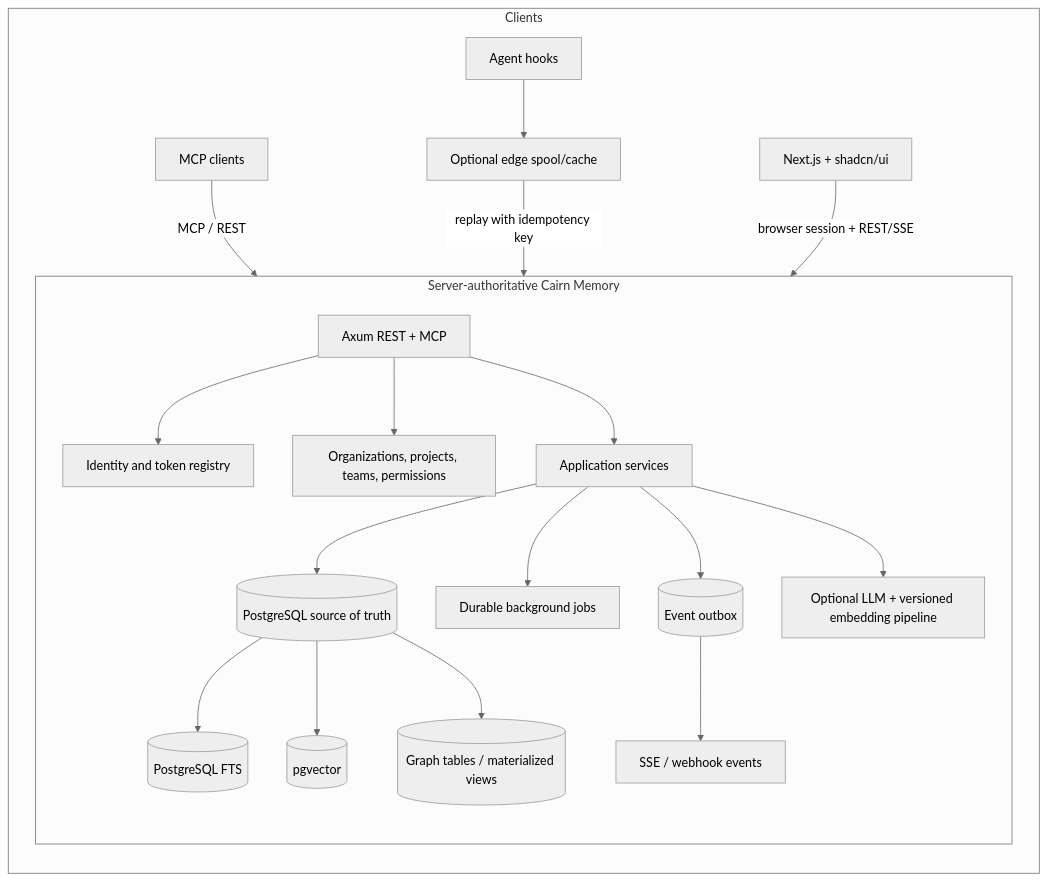
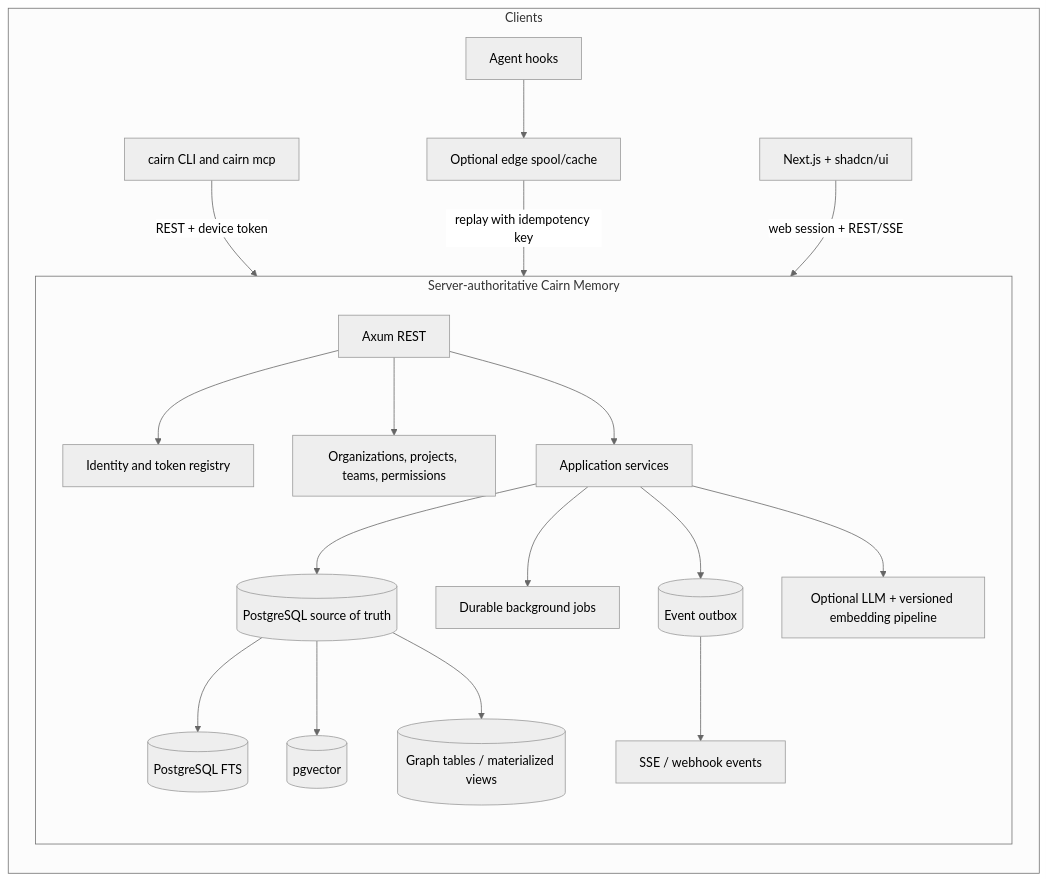
The diagram in docs/architecture.md (cunilab/cairn-memory), drawn with Mermaid (neutral theme) before and after one commit. The commit also changed other lines of this file and 119 other files, not shown here.

First line of the commit message:
Document the automated flow, device-token contracts, ADR amendments, and audit reports.

````diff
--- a/docs/architecture.md
+++ b/docs/architecture.md
@@ -43,24 +45,24 @@
 ```mermaid
 flowchart LR
     subgraph Clients[Clients]
         HookA[Agent hooks] --> Edge[Optional edge spool/cache]
-        AgentA[MCP clients] -->|MCP / REST| Server
+        AgentA[cairn CLI and cairn mcp] -->|REST + device token| Server
         Edge -->|replay with idempotency key| Server
-        Web[Next.js + shadcn/ui] -->|browser session + REST/SSE| Server
+        Web[Next.js + shadcn/ui] -->|web session + REST/SSE| Server
     end
 
     subgraph Server[Server-authoritative Cairn Memory]
-        API[Axum REST + MCP]
+        API[Axum REST]
         API --> Identity[Identity and token registry]
         API --> Spaces[Organizations, projects, teams, permissions]
         API --> Services[Application services]
         Services --> DB[(PostgreSQL source of truth)]
         DB --> FTS[(PostgreSQL FTS)]
         DB --> Vectors[(pgvector)]
         DB --> Graph[(Graph tables / materialized views)]
         Services --> Jobs[Durable background jobs]
         Services --> Outbox[(Event outbox)]
         Outbox --> Events[SSE / webhook events]
         Services --> Providers[Optional LLM + versioned embedding pipeline]
     end
 ```
````
